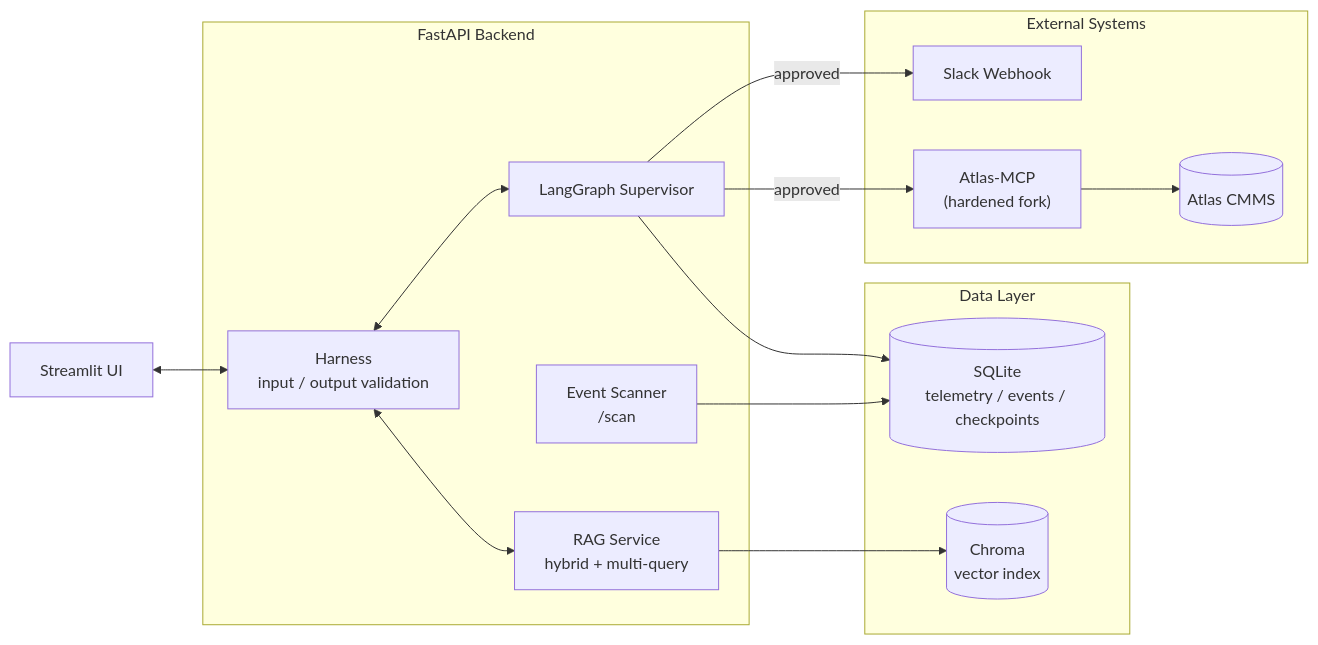
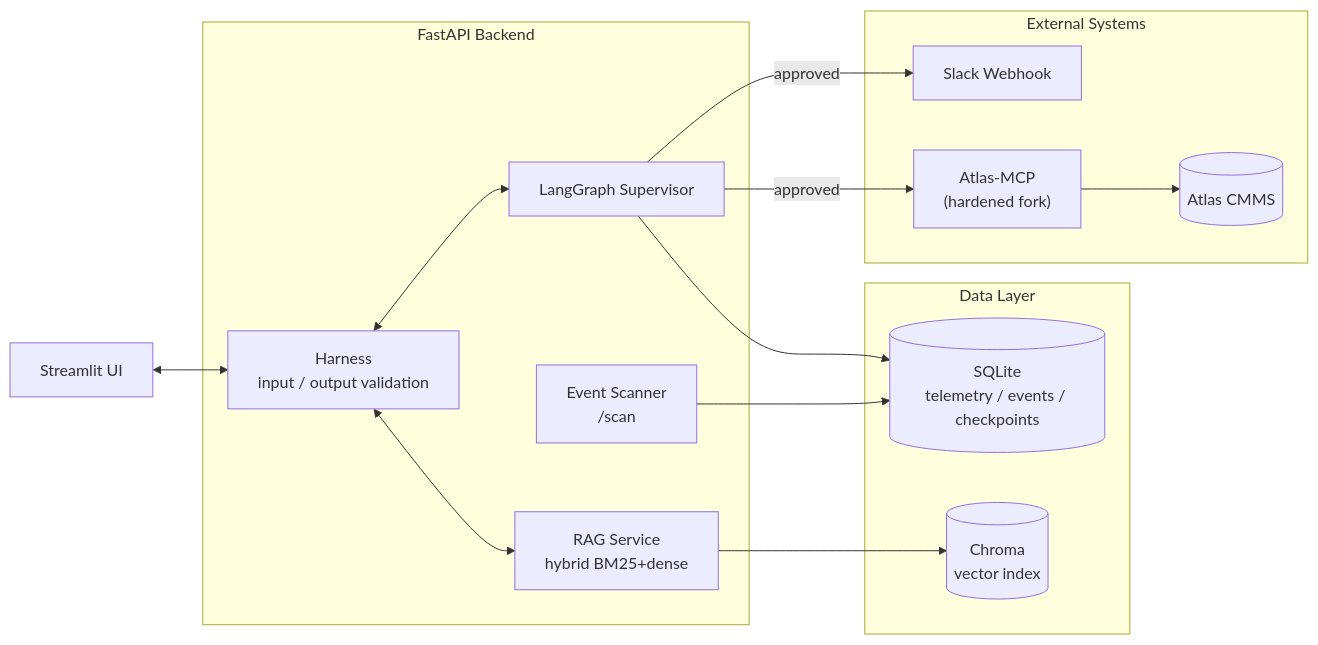
One commit to surplus96/uptime-copilot changed the first of 3 diagrams in docs/PORTFOLIO.md. Above: the diagram before and after it, drawn with Mermaid. The commit also changed other lines of this file and 5 other files, not shown here.

````diff
--- a/docs/PORTFOLIO.md
+++ b/docs/PORTFOLIO.md
@@ -43,29 +43,29 @@
 ```mermaid
 flowchart LR
     UI["Streamlit UI"]
     subgraph BE["FastAPI Backend"]
         HN["Harness<br/>input / output validation"]
         SV["LangGraph Supervisor"]
-        RS["RAG Service<br/>hybrid + multi-query"]
+        RS["RAG Service<br/>hybrid BM25+dense"]
         SC["Event Scanner<br/>/scan"]
     end
     subgraph DL["Data Layer"]
         DB[("SQLite<br/>telemetry / events / checkpoints")]
         VS[("Chroma<br/>vector index")]
     end
     subgraph EX["External Systems"]
         SL["Slack Webhook"]
         MC["Atlas-MCP<br/>(hardened fork)"]
         CM[("Atlas CMMS")]
     end
 
     UI <--> HN
     HN <--> SV
     HN <--> RS
     SV --> DB
     SC --> DB
     RS --> VS
     SV -- "approved" --> SL
     SV -- "approved" --> MC
     MC --> CM
 ```
````
